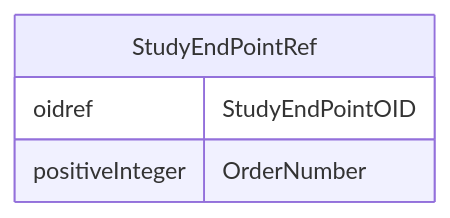
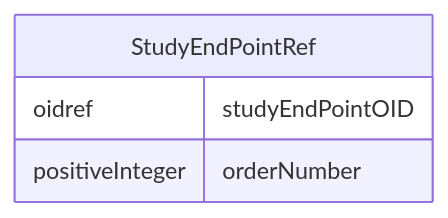
Before and after one commit to cdisc-org/DataExchange-ODM-LinkML: the diagram in docs/StudyEndPointRef.md, drawn with Mermaid. The commit also changed other lines of this file and 759 other files, not shown here.

````diff
--- a/docs/StudyEndPointRef.md
+++ b/docs/StudyEndPointRef.md
@@ -11,10 +11,10 @@
 ```mermaid
 erDiagram
 StudyEndPointRef {
-    oidref StudyEndPointOID  
-    positiveInteger OrderNumber  
+    oidref studyEndPointOID  
+    positiveInteger orderNumber  
 }
 
 
 
 ```
````
